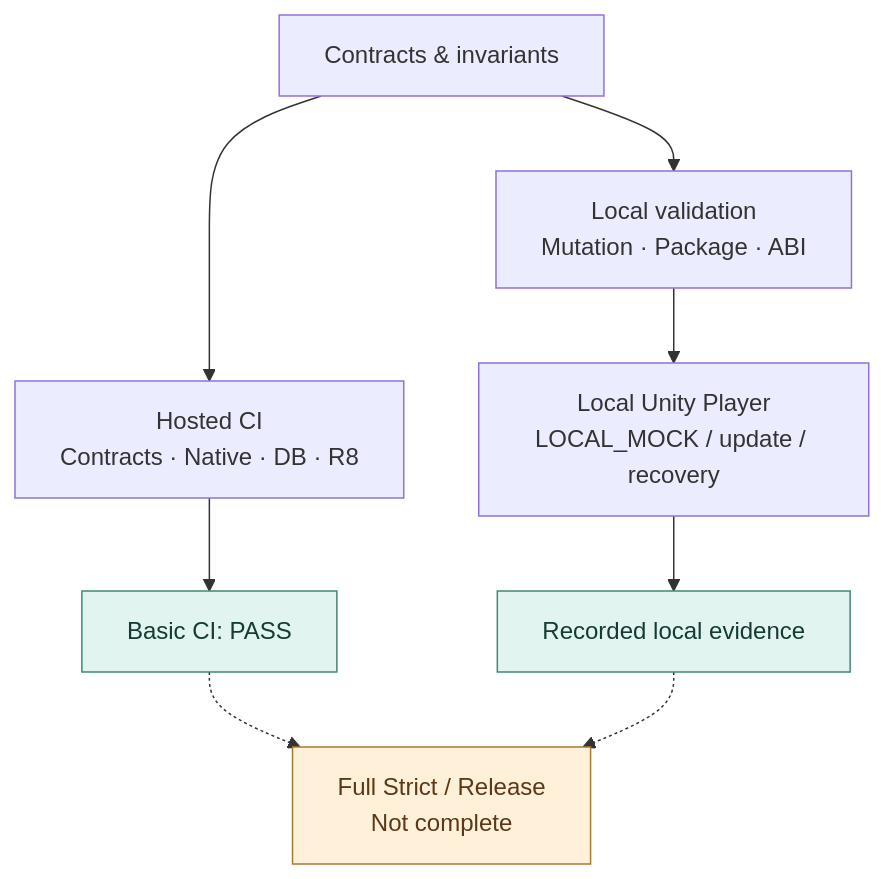
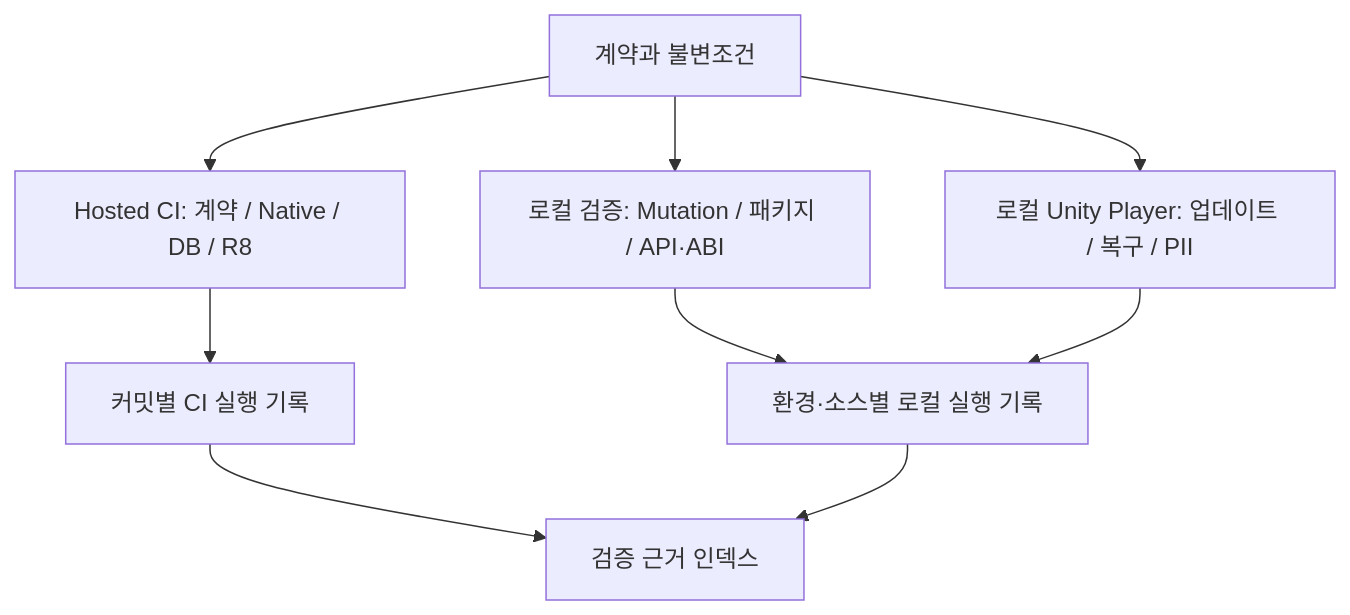
The fifth of 5 diagrams in docs/TECHNICAL_OVERVIEW.md (CodingBot000/GameBridge_SDK), drawn with Mermaid before and after one commit. The commit also changed other lines of this file and 7 other files, not shown here.

````diff
--- a/docs/TECHNICAL_OVERVIEW.md
+++ b/docs/TECHNICAL_OVERVIEW.md
@@ -262,14 +233,11 @@
 ```mermaid
 flowchart TB
-    A["Contracts & invariants"] --> H["Hosted CI<br/>Contracts · Native · DB · R8"]
-    A --> L["Local validation<br/>Mutation · Package · ABI"]
-    L --> P["Local Unity Player<br/>LOCAL_MOCK / update / recovery"]
-    H --> E["Basic CI: PASS"]
-    P --> V["Recorded local evidence"]
-    E -.-> S["Full Strict / Release<br/>Not complete"]
-    V -.-> S
-    classDef verified fill:#e1f4ef,stroke:#428878,color:#143b34
-    classDef incomplete fill:#fff0d9,stroke:#ac7931,color:#5c3816
-    class E,V verified
-    class S incomplete
+    A["계약과 불변조건"] --> H["Hosted CI: 계약 / Native / DB / R8"]
+    A --> L["로컬 검증: Mutation / 패키지 / API·ABI"]
+    A --> P["로컬 Unity Player: 업데이트 / 복구 / PII"]
+    H --> HR["커밋별 CI 실행 기록"]
+    L --> LR["환경·소스별 로컬 실행 기록"]
+    P --> LR
+    HR --> E["검증 근거 인덱스"]
+    LR --> E
 ```
````
